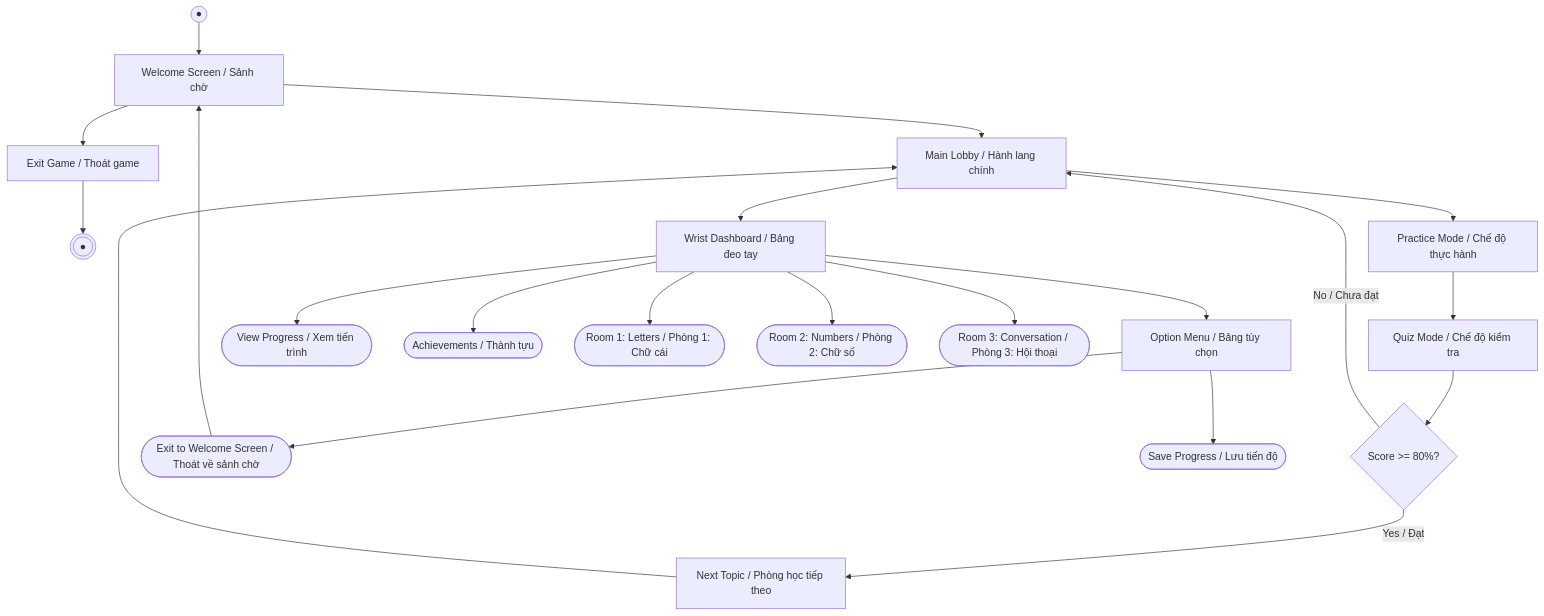
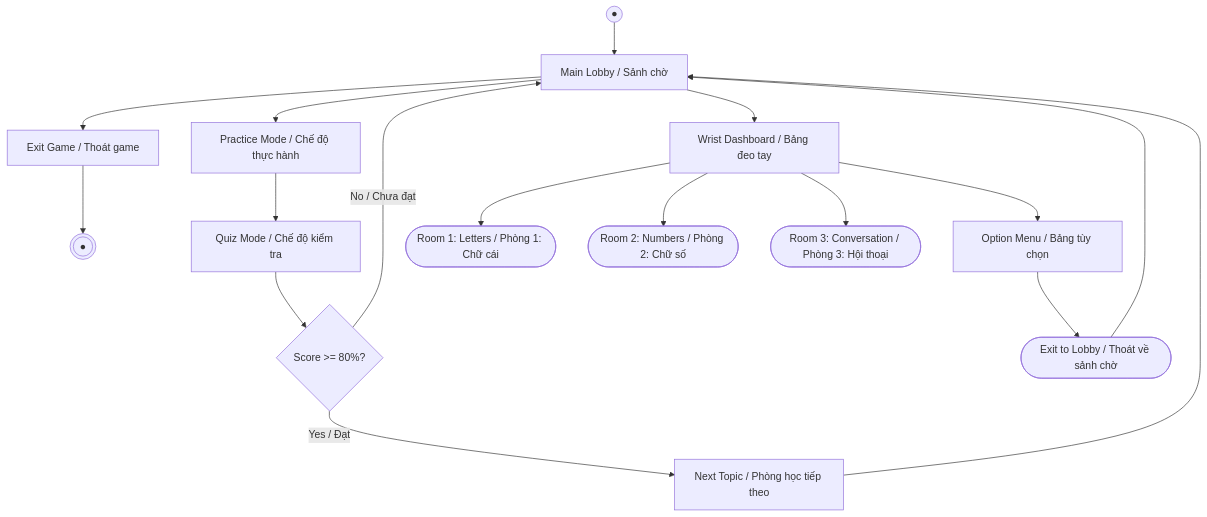
Before and after one commit to MinhTrinh04/ASL: the diagram in docs/DATN/11-Chương_4_Phân_tích_thiết_kế_triển_khai_và_đánh_giá.md, drawn with Mermaid.

Commit message:
refactor: merge Welcome Screen and Lobby nodes in Chapter 4 flowchart

````diff
--- a/docs/DATN/11-Chương_4_Phân_tích_thiết_kế_triển_khai_và_đánh_giá.md
+++ b/docs/DATN/11-Chương_4_Phân_tích_thiết_kế_triển_khai_và_đánh_giá.md
@@ -39,34 +39,30 @@
 ```mermaid
 flowchart TD
-    StartNode((●)) --> Welcome[Welcome Screen / Sảnh chờ]
-    Welcome --> Exit[Exit Game / Thoát game]
+    StartNode((●)) --> Lobby[Main Lobby / Sảnh chờ]
+    Lobby --> Exit[Exit Game / Thoát game]
     Exit --> EndNode(((●)))
 
-    Welcome --> Lobby[Main Lobby / Hành lang chính]
     Lobby --> Practice[Practice Mode / Chế độ thực hành]
     Practice --> Quiz[Quiz Mode / Chế độ kiểm tra]
     Quiz --> Clear{"Score >= 80%?"}
 
     Clear -->|No / Chưa đạt| Lobby
     Clear -->|Yes / Đạt| NextTopic[Next Topic / Phòng học tiếp theo]
     NextTopic --> Lobby
 
     Lobby --> Wrist[Wrist Dashboard / Bảng đeo tay]
     Wrist --> Option[Option Menu / Bảng tùy chọn]
-    Wrist --> ViewProgress([View Progress / Xem tiến trình])
-    Wrist --> Achievements([Achievements / Thành tựu])
     Wrist --> Room1([Room 1: Letters / Phòng 1: Chữ cái])
     Wrist --> Room2([Room 2: Numbers / Phòng 2: Chữ số])
     Wrist --> Room3([Room 3: Conversation / Phòng 3: Hội thoại])
 
-    Option --> ExitWelcome([Exit to Welcome Screen / Thoát về sảnh chờ])
-    Option --> SaveProgress([Save Progress / Lưu tiến độ])
-    ExitWelcome --> Welcome
+    Option --> ExitLobby([Exit to Lobby / Thoát về sảnh chờ])
+    ExitLobby --> Lobby
 
 
     class StartNode,EndNode startEnd;
-    class Welcome,Lobby,Practice,Quiz,NextTopic greenNode;
+    class Lobby,Practice,Quiz,NextTopic greenNode;
     class Exit,Wrist,Option redNode;
     class Clear decisionNode;
-    class ViewProgress,Achievements,Room1,Room2,Room3,ExitWelcome,SaveProgress ellipseNode;
+    class Room1,Room2,Room3,ExitLobby ellipseNode;
 ```
````
